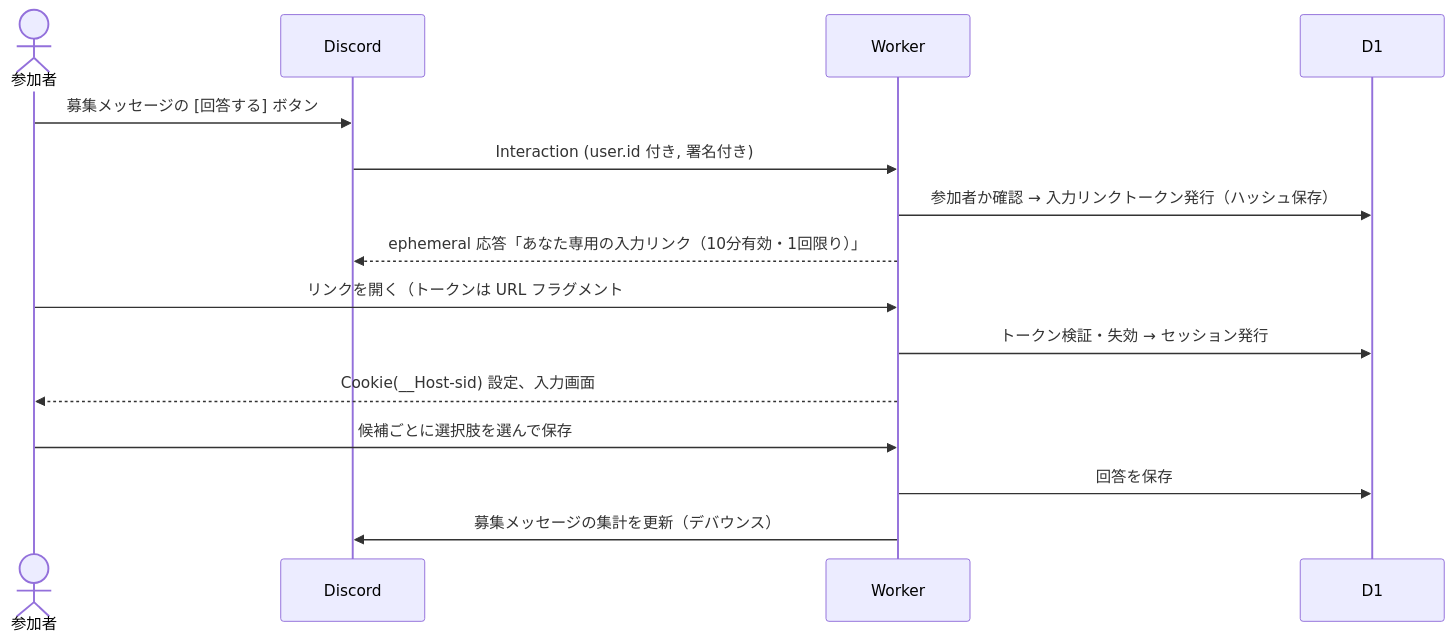
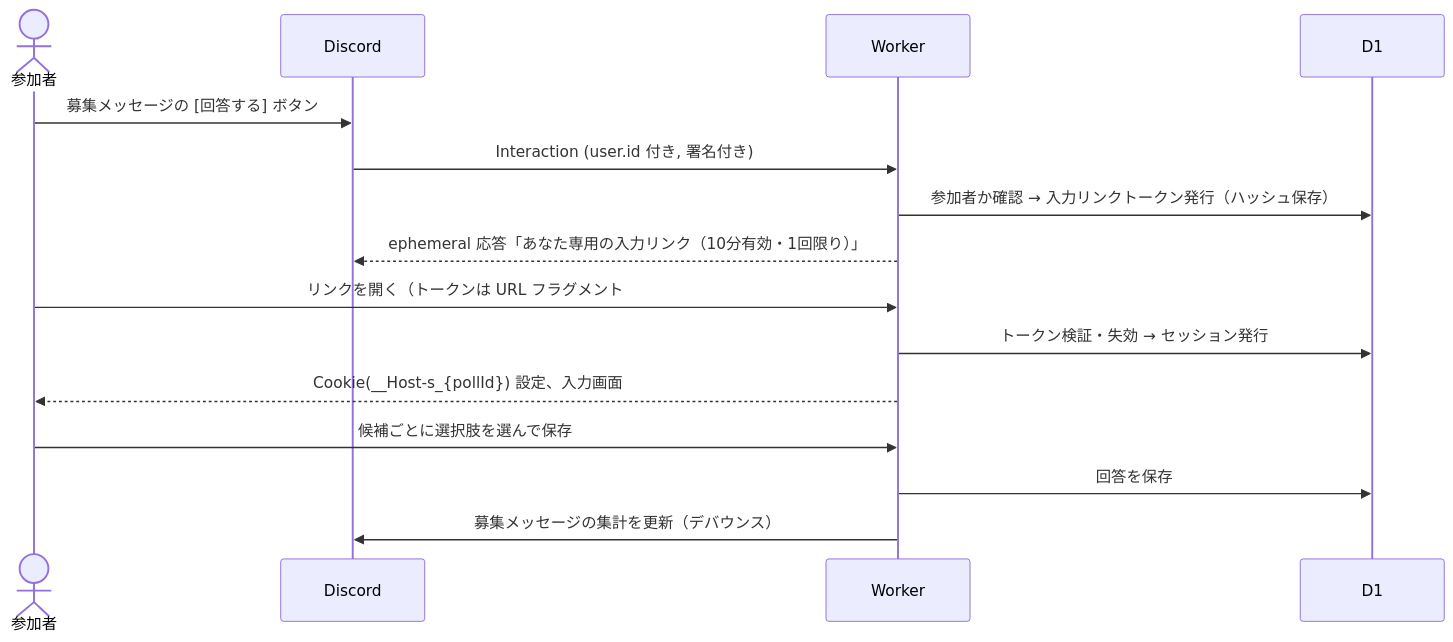
Before and after one commit to etlit-r/DIscheduler: the third of 5 diagrams in docs/design.md, drawn with Mermaid. The commit also changed other lines of this file and 4 other files, not shown here.

````diff
--- a/docs/design.md
+++ b/docs/design.md
@@ -143,18 +143,18 @@
 ```mermaid
 sequenceDiagram
   actor P as 参加者
   participant D as Discord
   participant W as Worker
   participant DB as D1
 
   P->>D: 募集メッセージの [回答する] ボタン
   D->>W: Interaction (user.id 付き, 署名付き)
   W->>DB: 参加者か確認 → 入力リンクトークン発行（ハッシュ保存）
   W-->>D: ephemeral 応答「あなた専用の入力リンク（10分有効・1回限り）」
   P->>W: リンクを開く（トークンは URL フラグメント #）
   W->>DB: トークン検証・失効 → セッション発行
-  W-->>P: Cookie(__Host-sid) 設定、入力画面
+  W-->>P: Cookie(__Host-s_{pollId}) 設定、入力画面
   P->>W: 候補ごとに選択肢を選んで保存
   W->>DB: 回答を保存
   W->>D: 募集メッセージの集計を更新（デバウンス）
 ```
````
